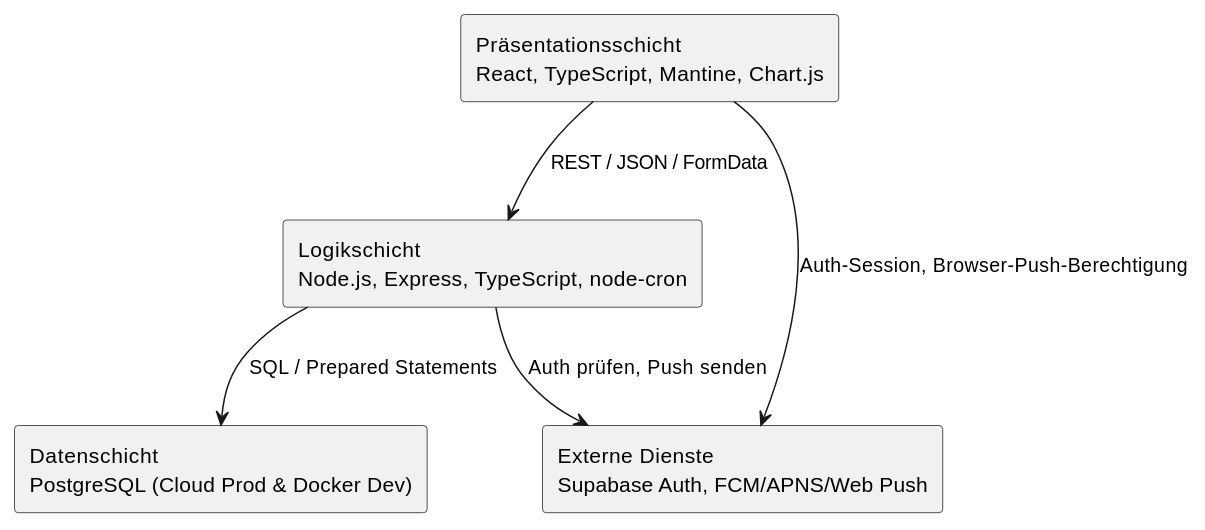
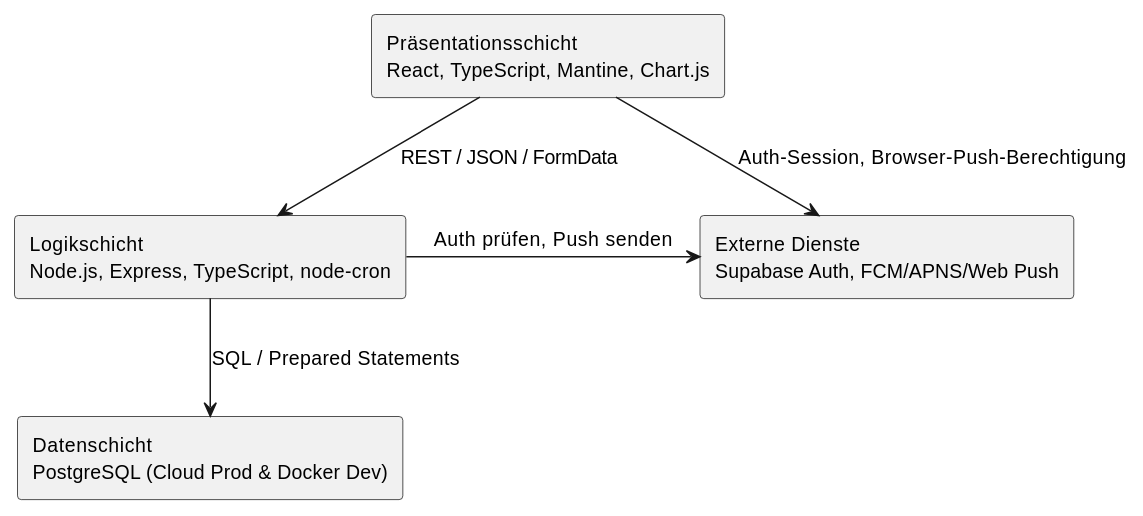
Before and after one commit to momel13/SubscriptionGuard-E2: the first of 9 diagrams in docs/technical/design.adoc, drawn with PlantUML. The commit also changed other lines of this file, not shown here.

```diff
--- a/docs/technical/design.adoc
+++ b/docs/technical/design.adoc
@@ -22,17 +17,19 @@
 [plantuml,layer-diagram,svg]
-----
+....
 @startuml
 top to bottom direction
 skinparam componentStyle rectangle
+skinparam monochrome true
+skinparam defaultFontSize 13
 
 rectangle "Präsentationsschicht\nReact, TypeScript, Mantine, Chart.js" as Presentation
 rectangle "Logikschicht\nNode.js, Express, TypeScript, node-cron" as Logic
 rectangle "Datenschicht\nPostgreSQL (Cloud Prod & Docker Dev)" as Data
 rectangle "Externe Dienste\nSupabase Auth, FCM/APNS/Web Push" as External
 
-Presentation --> Logic : REST / JSON / FormData
-Presentation --> External : Auth-Session, Browser-Push-Berechtigung
-Logic --> Data : SQL / Prepared Statements
-Logic --> External : Auth prüfen, Push senden
+Presentation -down-> Logic : REST / JSON / FormData
+Presentation -down-> External : Auth-Session, Browser-Push-Berechtigung
+Logic -down-> Data : SQL / Prepared Statements
+Logic -right-> External : Auth prüfen, Push senden
 @enduml
-----
+....
```
